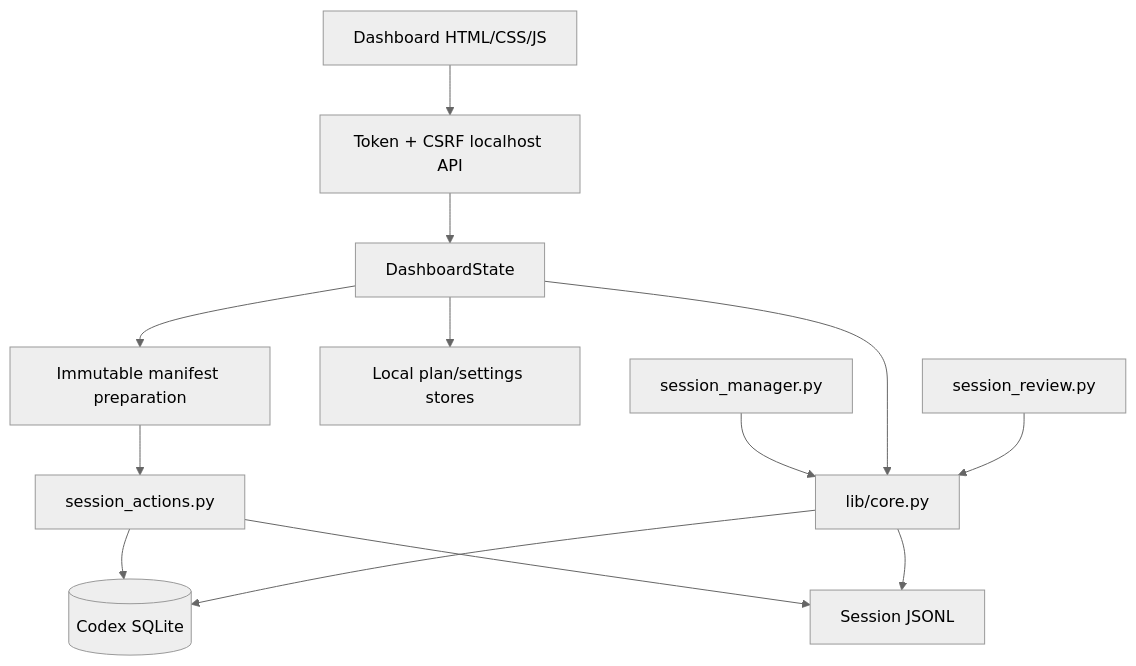
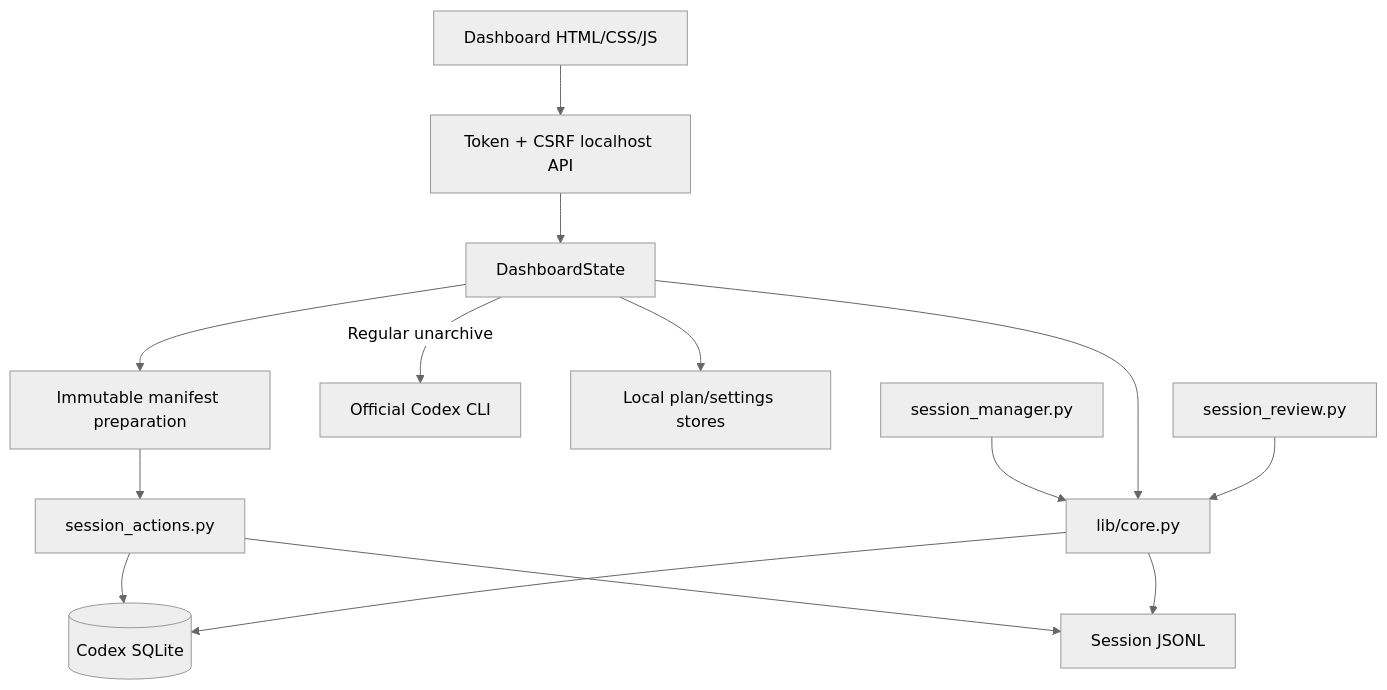
One commit to wushijing123/Codex-Session-Manager changed the diagram in docs/ARCHITECTURE.en.md. Above: the diagram before and after it, drawn with Mermaid (neutral theme). The commit also changed other lines of this file and 12 other files, not shown here.

Commit message:
Release v0.4.0 official session unarchive

````diff
--- a/docs/ARCHITECTURE.en.md
+++ b/docs/ARCHITECTURE.en.md
@@ -15,15 +15,16 @@
 ```mermaid
 flowchart TB
     UI[Dashboard HTML/CSS/JS] --> API[Token + CSRF localhost API]
     CLI[session_manager.py] --> CORE[lib/core.py]
     API --> STATE[DashboardState]
     STATE --> CORE
+    STATE -->|Regular unarchive| CODEXCLI[Official Codex CLI]
     STATE --> PLAN[Local plan/settings stores]
     STATE --> MANIFEST[Immutable manifest preparation]
     MANIFEST --> ACTIONS[session_actions.py]
     ACTIONS --> DB[(Codex SQLite)]
     ACTIONS --> LOGS[Session JSONL]
     CORE --> DB
     CORE --> LOGS
     REVIEW[session_review.py] --> CORE
 ```
````
